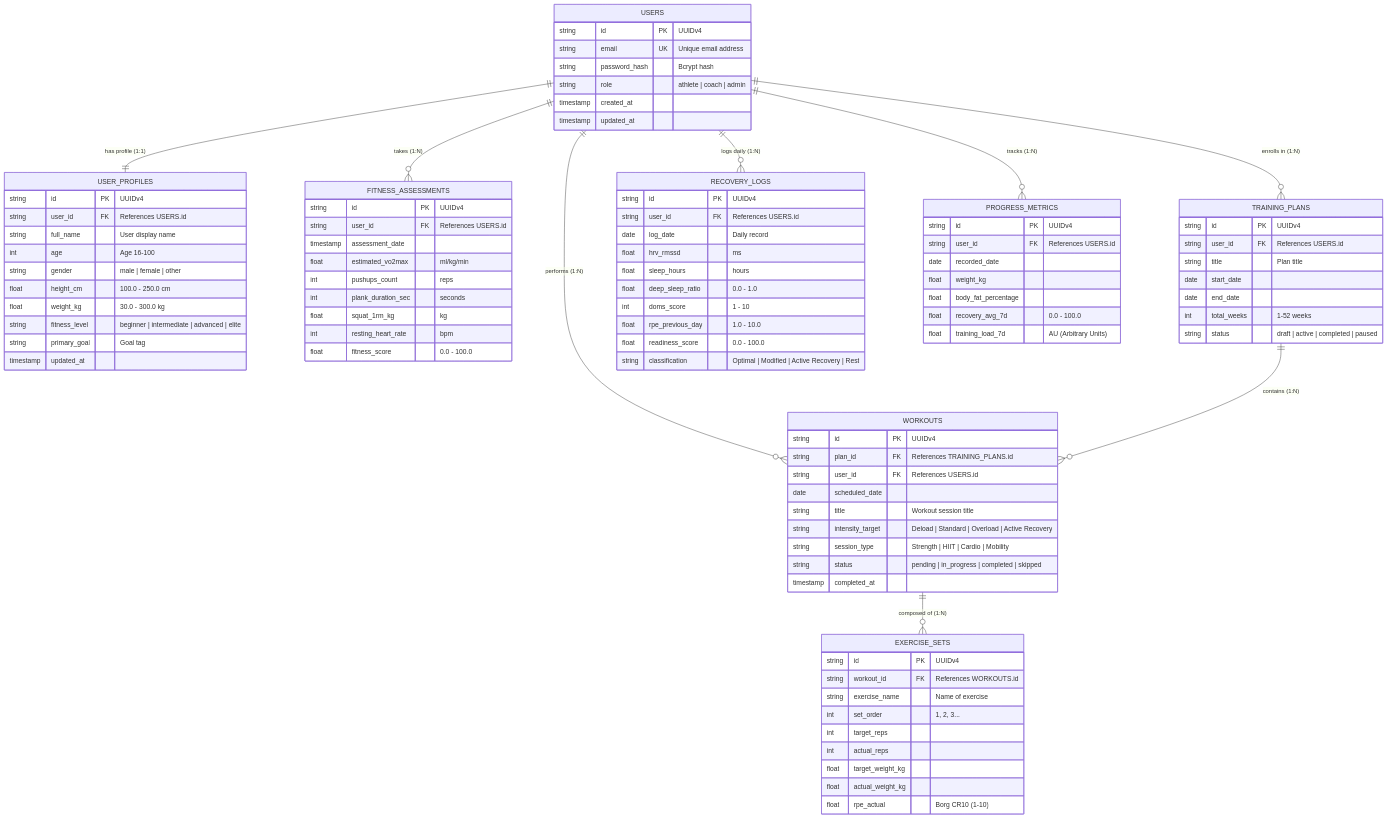
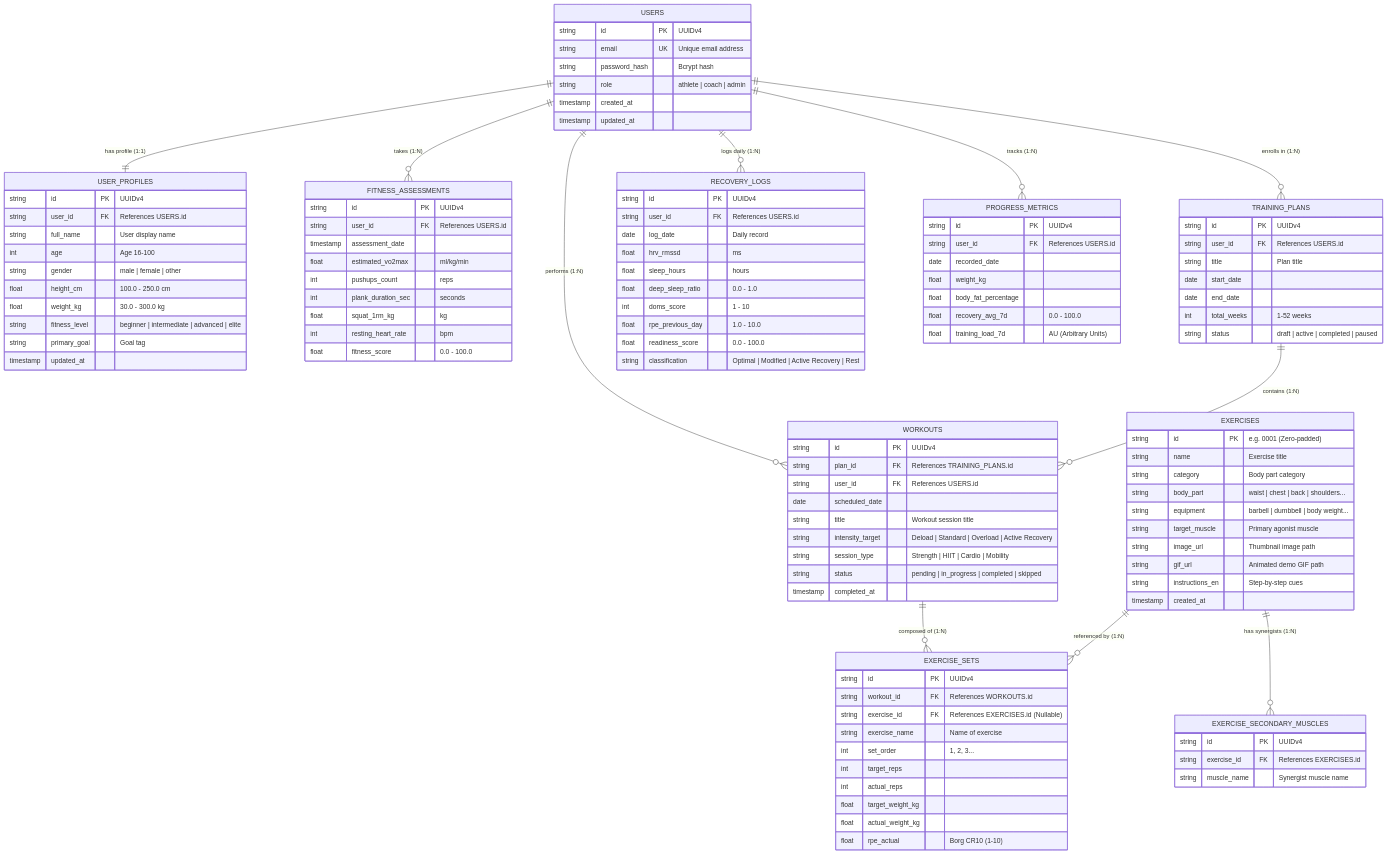
Before and after one commit to nguyenluongthe/NTRevo---Adaptive-fitness-recovery: the diagram in docs/ERD_diagram.md, drawn with Mermaid. The commit also changed 9 other files, not shown here.

Commit message:
feat(vku-exercises): integrate exercises dataset and complete chapter 05 architecture design

```diff
--- a/docs/ERD_diagram.md
+++ b/docs/ERD_diagram.md
@@ -19,6 +19,8 @@
 
     TRAINING_PLANS ||--o{ WORKOUTS : "contains (1:N)"
     WORKOUTS ||--o{ EXERCISE_SETS : "composed of (1:N)"
+    EXERCISES ||--o{ EXERCISE_SETS : "referenced by (1:N)"
+    EXERCISES ||--o{ EXERCISE_SECONDARY_MUSCLES : "has synergists (1:N)"
 
     USERS {
         string id PK "UUIDv4"
@@ -76,9 +78,29 @@
         timestamp completed_at
     }
 
+    EXERCISES {
+        string id PK "e.g. 0001 (Zero-padded)"
+        string name "Exercise title"
+        string category "Body part category"
+        string body_part "waist | chest | back | shoulders..."
+        string equipment "barbell | dumbbell | body weight..."
+        string target_muscle "Primary agonist muscle"
+        string image_url "Thumbnail image path"
+        string gif_url "Animated demo GIF path"
+        string instructions_en "Step-by-step cues"
+        timestamp created_at
+    }
+
+    EXERCISE_SECONDARY_MUSCLES {
+        string id PK "UUIDv4"
+        string exercise_id FK "References EXERCISES.id"
+        string muscle_name "Synergist muscle name"
+    }
+
     EXERCISE_SETS {
         string id PK "UUIDv4"
         string workout_id FK "References WORKOUTS.id"
+        string exercise_id FK "References EXERCISES.id (Nullable)"
         string exercise_name "Name of exercise"
         int set_order "1, 2, 3..."
         int target_reps
```
